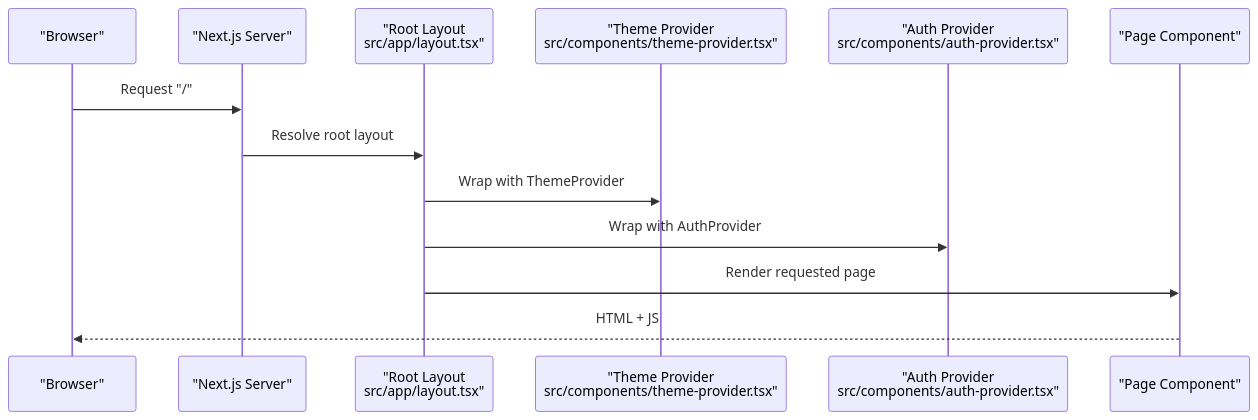
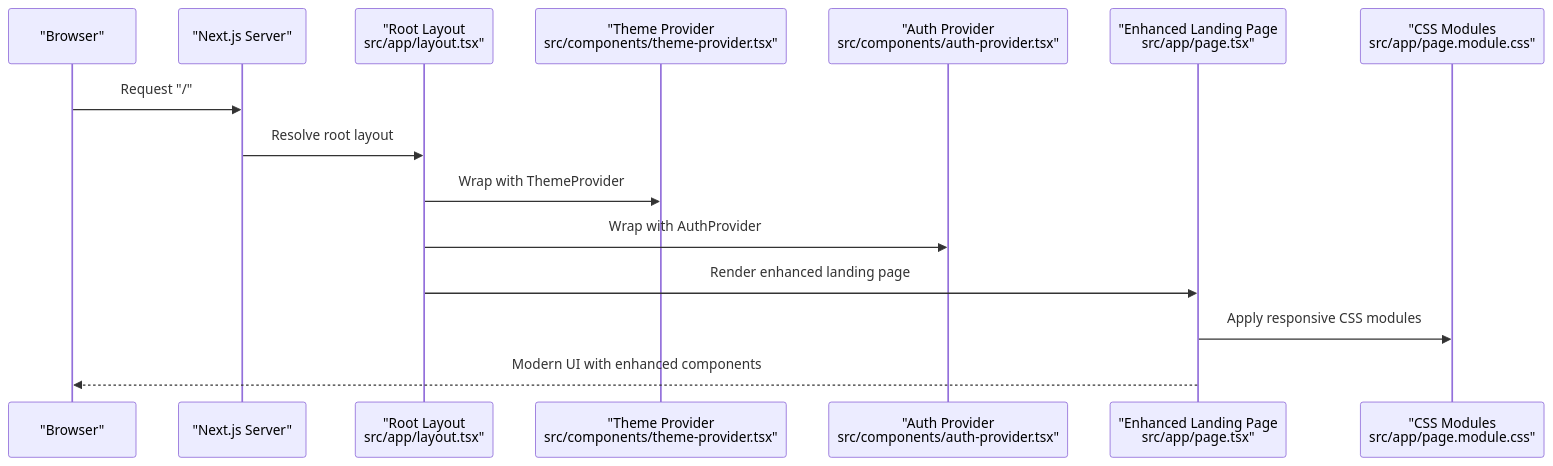
Before and after one commit to HassanAmeer/cheaprouter: the fourth of 8 diagrams in .qoder/repowiki/en/content/Frontend Architecture/Application Structure.md, drawn with Mermaid. The commit also changed other lines of this file and 10 other files, not shown here.

````diff
--- a/.qoder/repowiki/en/content/Frontend Architecture/Application Structure.md
+++ b/.qoder/repowiki/en/content/Frontend Architecture/Application Structure.md
@@ -272,15 +294,17 @@
 ```mermaid
 sequenceDiagram
 participant Browser as "Browser"
 participant Next as "Next.js Server"
 participant Root as "Root Layout<br/>src/app/layout.tsx"
 participant Theme as "Theme Provider<br/>src/components/theme-provider.tsx"
 participant Auth as "Auth Provider<br/>src/components/auth-provider.tsx"
-participant Page as "Page Component"
+participant Landing as "Enhanced Landing Page<br/>src/app/page.tsx"
+participant Styles as "CSS Modules<br/>src/app/page.module.css"
 Browser->>Next : Request "/"
 Next->>Root : Resolve root layout
 Root->>Theme : Wrap with ThemeProvider
 Root->>Auth : Wrap with AuthProvider
-Root->>Page : Render requested page
-Page-->>Browser : HTML + JS
+Root->>Landing : Render enhanced landing page
+Landing->>Styles : Apply responsive CSS modules
+Landing-->>Browser : Modern UI with enhanced components
 ```
````
